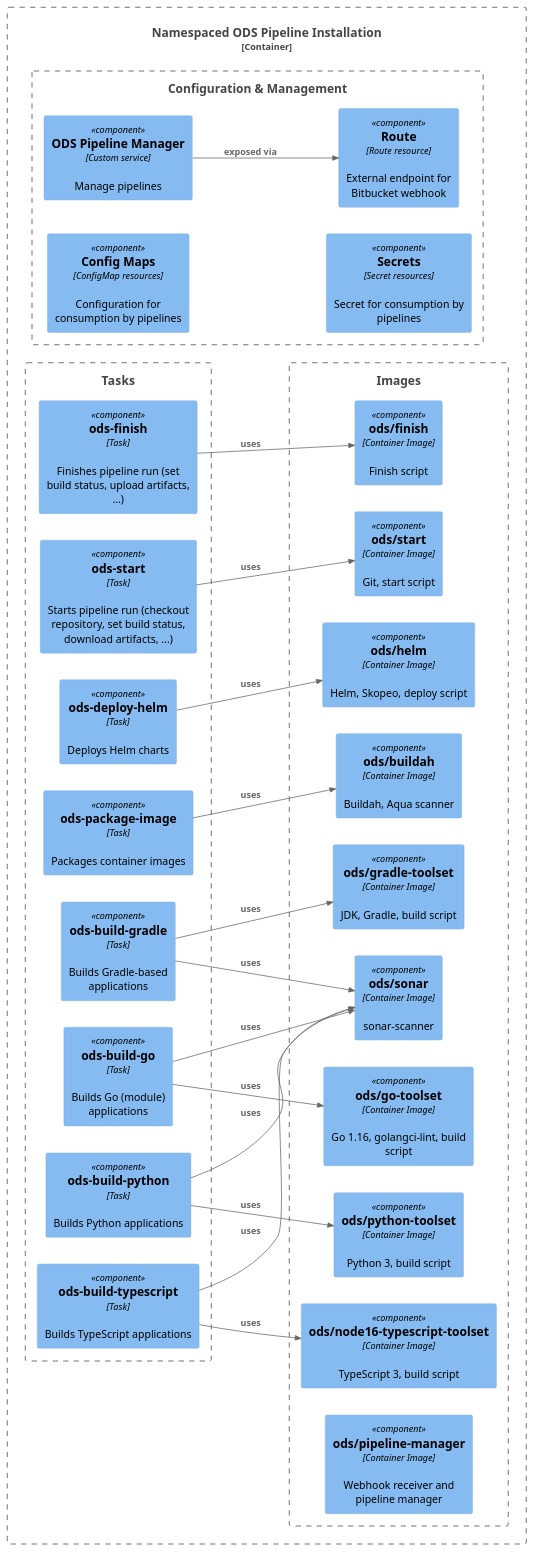
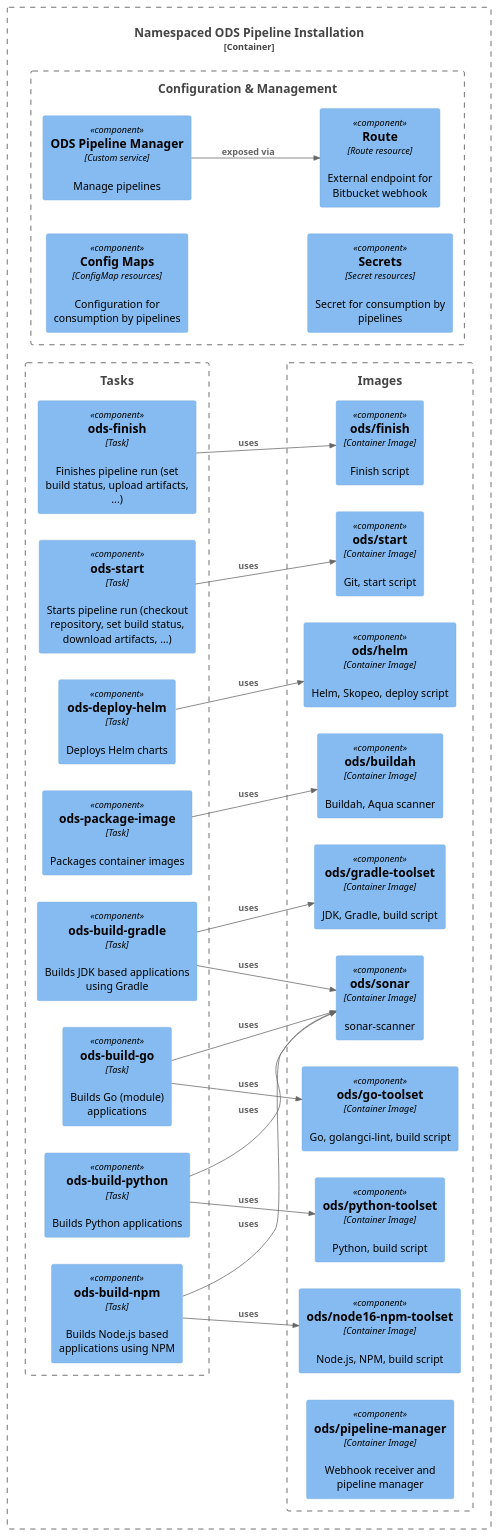
One commit to opendevstack/ods-pipeline changed the diagram in docs/architecture/component-namespaced-installation.puml. Above: the diagram before and after it, drawn with PlantUML. The commit also changed 23 other files, not shown here.

First line of the commit message:
Rename ods-build-typescript task to ods-build-npm

```diff
--- a/docs/architecture/component-namespaced-installation.puml
+++ b/docs/architecture/component-namespaced-installation.puml
@@ -1,68 +1,68 @@
 @startuml "namespaced-installation"
 !include https://raw.githubusercontent.com/plantuml-stdlib/C4-PlantUML/master/C4.puml
 !include https://raw.githubusercontent.com/plantuml-stdlib/C4-PlantUML/master/C4_Container.puml
 !include https://raw.githubusercontent.com/plantuml-stdlib/C4-PlantUML/master/C4_Component.puml
 ' uncomment the following line and comment the first to use locally
 ' !include C4_Container.puml
 
 LAYOUT_LEFT_RIGHT()
 
 Container_Boundary(c1, "Namespaced ODS Pipeline Installation"){
     Boundary(config, "Configuration & Management") {
         Component(route, "Route", "Route resource", "External endpoint for Bitbucket webhook")
         Component(ods_pipeline_manager, "ODS Pipeline Manager", "Custom service", "Manage pipelines")
         Component(config_maps, "Config Maps", "ConfigMap resources", "Configuration for consumption by pipelines")
         Component(secrets, "Secrets", "Secret resources", "Secret for consumption by pipelines")
     }
 
     Boundary(tasks, "Tasks") {
         Component(task_build_go, "ods-build-go", "Task", "Builds Go (module) applications")
-        Component(task_build_typescript, "ods-build-typescript", "Task", "Builds TypeScript applications")
+        Component(task_build_npm, "ods-build-npm", "Task", "Builds Node.js based applications using NPM")
         Component(task_build_python, "ods-build-python", "Task", "Builds Python applications")
-        Component(task_build_gradle, "ods-build-gradle", "Task", "Builds Gradle-based applications")
+        Component(task_build_gradle, "ods-build-gradle", "Task", "Builds JDK based applications using Gradle")
         Component(task_package_image, "ods-package-image", "Task", "Packages container images")
         Component(task_deploy_helm, "ods-deploy-helm", "Task", "Deploys Helm charts")
         Component(task_start, "ods-start", "Task", "Starts pipeline run (checkout repository, set build status, download artifacts, ...)")
         Component(task_finish, "ods-finish", "Task", "Finishes pipeline run (set build status, upload artifacts, ...)")
     }
 
     Boundary(images, "Images") {
-        Component(image_go_toolset, "ods/go-toolset", "Container Image", "Go 1.16, golangci-lint, build script")
-        Component(image_node16_typescript_toolset, "ods/node16-typescript-toolset", "Container Image", "TypeScript 3, build script")
-        Component(image_python_toolset, "ods/python-toolset", "Container Image", "Python 3, build script")
+        Component(image_go_toolset, "ods/go-toolset", "Container Image", "Go, golangci-lint, build script")
+        Component(image_node16_npm_toolset, "ods/node16-npm-toolset", "Container Image", "Node.js, NPM, build script")
+        Component(image_python_toolset, "ods/python-toolset", "Container Image", "Python, build script")
         Component(image_gradle_toolset, "ods/gradle-toolset", "Container Image", "JDK, Gradle, build script")
         Component(image_buildah, "ods/buildah", "Container Image", "Buildah, Aqua scanner")
         Component(image_helm, "ods/helm", "Container Image", "Helm, Skopeo, deploy script")
         Component(image_start, "ods/start", "Container Image", "Git, start script")
         Component(image_finish, "ods/finish", "Container Image", "Finish script")
         Component(image_sonar, "ods/sonar", "Container Image", "sonar-scanner")
         Component(image_pipeline_manager, "ods/pipeline-manager", "Container Image", "Webhook receiver and pipeline manager")
     }
 
 }
 
 Rel(task_build_go, image_go_toolset, "uses")
 Rel(task_build_go, image_sonar, "uses")
 
-Rel(task_build_typescript, image_node16_typescript_toolset, "uses")
-Rel(task_build_typescript, image_sonar, "uses")
+Rel(task_build_npm, image_node16_npm_toolset, "uses")
+Rel(task_build_npm, image_sonar, "uses")
 
 Rel(task_build_python, image_python_toolset, "uses")
 Rel(task_build_python, image_sonar, "uses")
 
 Rel(task_build_gradle, image_gradle_toolset, "uses")
 Rel(task_build_gradle, image_sonar, "uses")
 
 Rel(task_package_image, image_buildah, "uses")
 
 Rel(task_deploy_helm, image_helm, "uses")
 
 Rel(task_start, image_start, "uses")
 
 Rel(task_finish, image_finish, "uses")
 
 Rel(ods_pipeline_manager, route, "exposed via")
 
 config_maps -[hidden]- secrets
 
 @enduml
```
